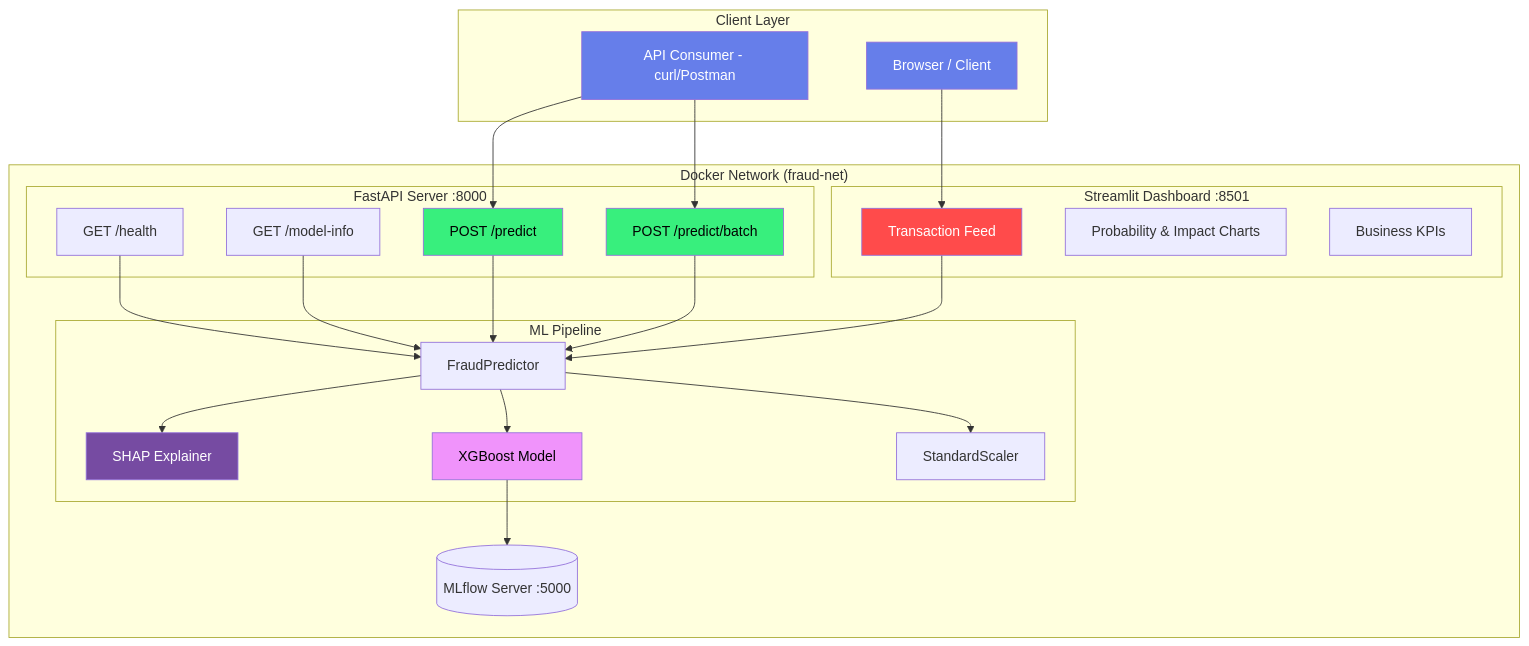
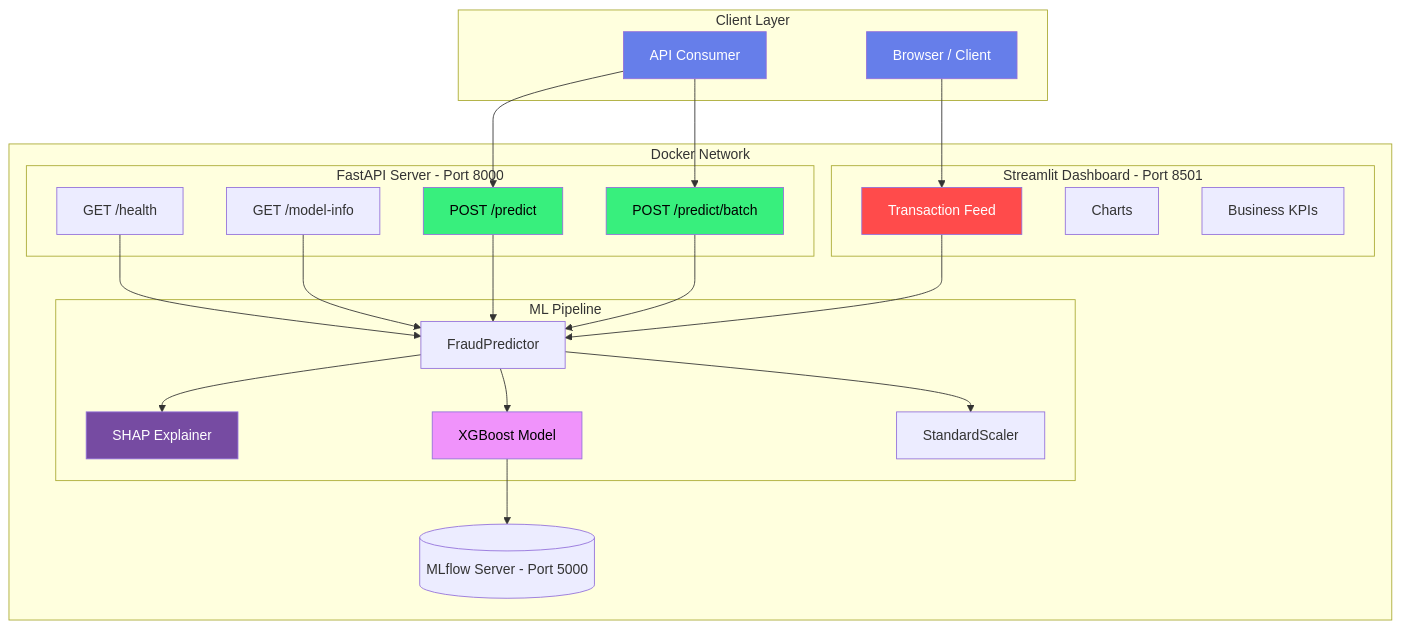
The diagram in README.md (themanoj-025/Credit-Card-Fraud-Detection), drawn with Mermaid before and after one commit. The commit also changed other lines of this file, not shown here.

````diff
--- a/README.md
+++ b/README.md
@@ -174,52 +174,52 @@
 ```mermaid
 graph TB
-    subgraph "Client Layer"
+    subgraph Client[Client Layer]
         BROWSER[Browser / Client]
-        API_CLIENT[API Consumer - curl/Postman]
+        API_CLIENT[API Consumer]
     end
     
-    subgraph "Docker Network (fraud-net)"
-        subgraph "FastAPI Server :8000"
+    subgraph Docker[Docker Network]
+        subgraph API_SVC[FastAPI Server - Port 8000]
             HEALTH[GET /health]
             MODEL_INFO[GET /model-info]
             PREDICT[POST /predict]
             BATCH[POST /predict/batch]
         end
         
-        subgraph "Streamlit Dashboard :8501"
+        subgraph DASH[Streamlit Dashboard - Port 8501]
             UI[Transaction Feed]
-            CHARTS[Probability & Impact Charts]
+            CHARTS[Charts]
             METRICS[Business KPIs]
         end
         
-        subgraph "ML Pipeline"
+        subgraph PIPELINE[ML Pipeline]
             PREDICTOR[FraudPredictor]
             SHAP[SHAP Explainer]
             MODEL[XGBoost Model]
             SCALER[StandardScaler]
         end
         
-        MLFLOW[(MLflow Server :5000)]
+        MLFLOW[(MLflow Server - Port 5000)]
     end
     
     BROWSER --> UI
     API_CLIENT --> PREDICT
     API_CLIENT --> BATCH
     HEALTH --> PREDICTOR
     MODEL_INFO --> PREDICTOR
     PREDICT --> PREDICTOR
     BATCH --> PREDICTOR
     UI --> PREDICTOR
     PREDICTOR --> SHAP
     PREDICTOR --> MODEL
     PREDICTOR --> SCALER
     MODEL --> MLFLOW
     
     style BROWSER fill:#667eea,color:#fff
     style API_CLIENT fill:#667eea,color:#fff
     style PREDICT fill:#38ef7d,color:#000
     style BATCH fill:#38ef7d,color:#000
     style UI fill:#FF4B4B,color:#fff
     style MODEL fill:#f093fb,color:#000
     style SHAP fill:#764ba2,color:#fff
 ```
````
